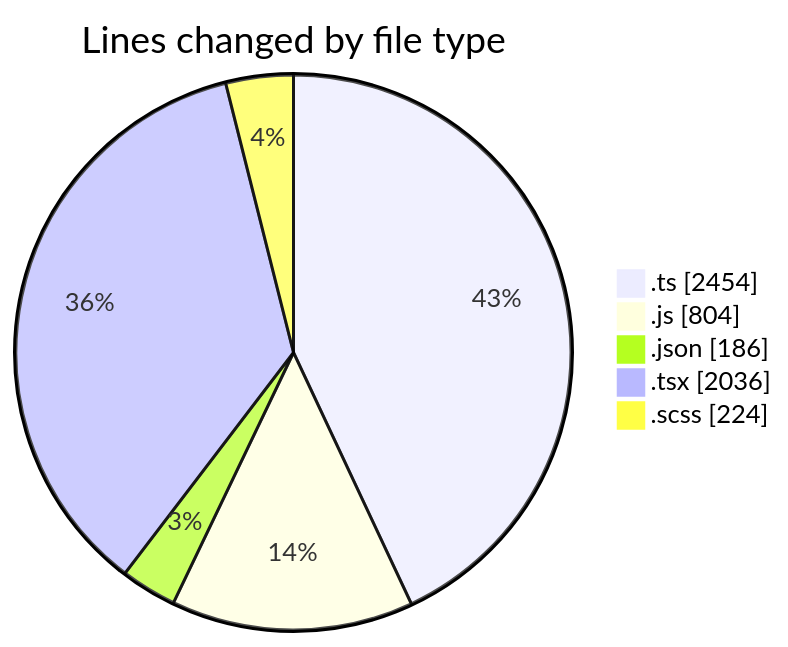
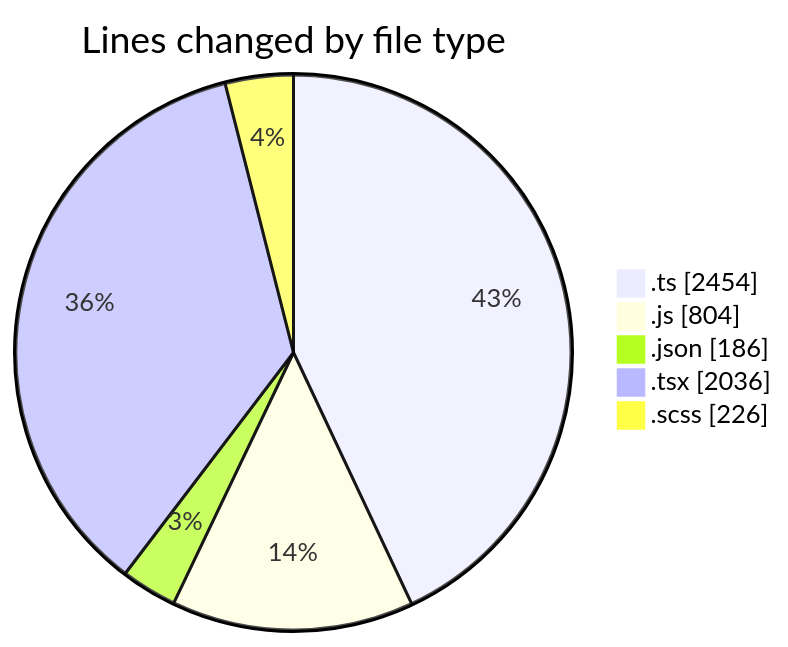
Before and after one commit to momahboobian/code-tracking: the first of 2 diagrams in 2026-06-18/cda/README.md, drawn with Mermaid. The commit also changed other lines of this file and 1 other file, not shown here.

````diff
--- a/2026-06-18/cda/README.md
+++ b/2026-06-18/cda/README.md
@@ -49,9 +49,9 @@
 ```mermaid
 pie showData
 title Lines changed by file type
 ".ts" : 2454
 ".js" : 804
 ".json" : 186
 ".tsx" : 2036
-".scss" : 224
+".scss" : 226
 ```
````
